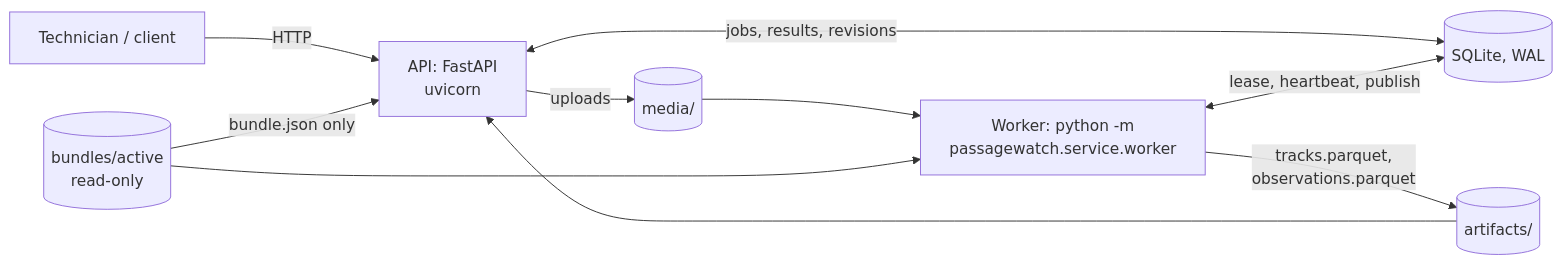
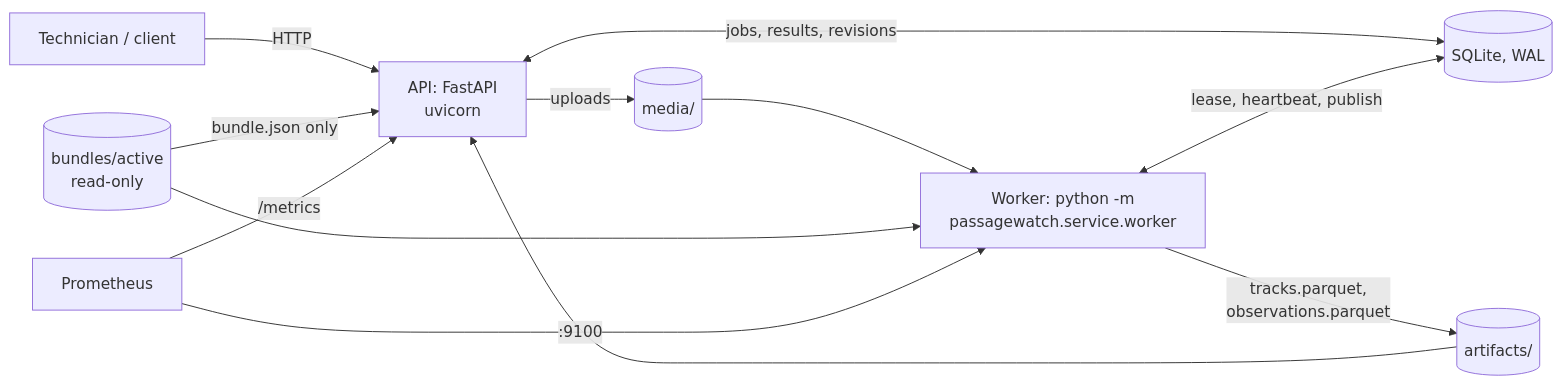
One commit to professor3333/passagewatch changed the first of 2 diagrams in docs/architecture.md. Above: the diagram before and after it, drawn with Mermaid. The commit also changed other lines of this file and 5 other files, not shown here.

````diff
--- a/docs/architecture.md
+++ b/docs/architecture.md
@@ -7,12 +7,14 @@
 ```mermaid
 flowchart LR
     U[Technician / client] -->|HTTP| A[API: FastAPI<br/>uvicorn]
     A -->|uploads| M[(media/)]
     A <-->|jobs, results, revisions| D[(SQLite, WAL)]
     W[Worker: python -m<br/>passagewatch.service.worker] <-->|lease, heartbeat, publish| D
     M --> W
     B[(bundles/active<br/>read-only)] --> W
     B -->|bundle.json only| A
     W -->|tracks.parquet,<br/>observations.parquet| R[(artifacts/)]
     R --> A
+    P[Prometheus] -->|/metrics| A
+    P -->|:9100| W
 ```
````
